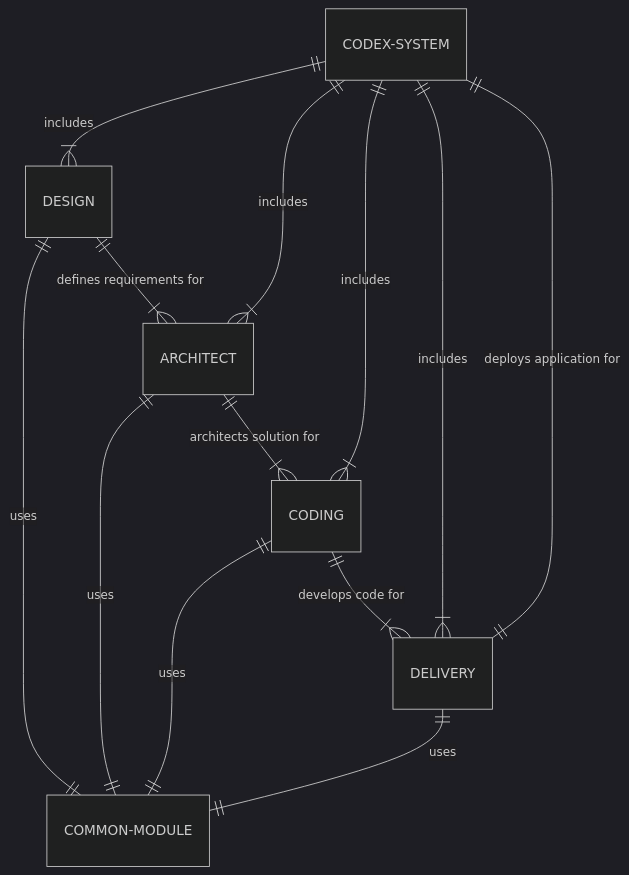
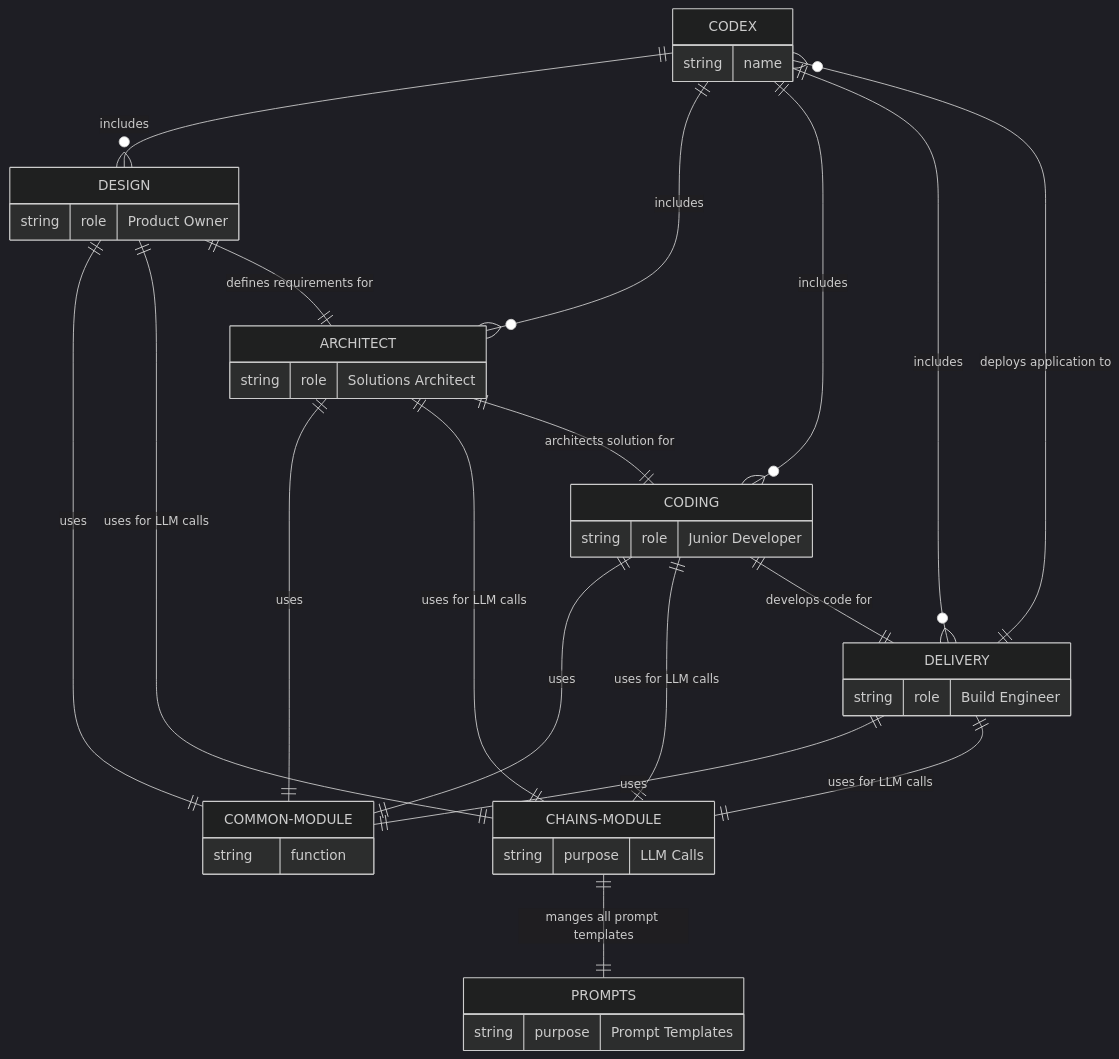
The first of 3 diagrams in README.md (Significant-Gravitas/AutoGPT-Code-Ability), drawn with Mermaid (dark theme) before and after one commit.

Commit message:
Update Codex System diagram with new module relationships

````diff
--- a/README.md
+++ b/README.md
@@ -25,15 +25,46 @@
 ```mermaid
 erDiagram
-    CODEX-SYSTEM ||--|{ DESIGN : includes
-    CODEX-SYSTEM ||--|{ ARCHITECT : includes
-    CODEX-SYSTEM ||--|{ CODING : includes
-    CODEX-SYSTEM ||--|{ DELIVERY : includes
+    CODEX ||--o{ DESIGN : includes
+    CODEX ||--o{ ARCHITECT : includes
+    CODEX ||--o{ CODING : includes
+    CODEX ||--o{ DELIVERY : includes
     DESIGN ||--|| COMMON-MODULE : uses
     ARCHITECT ||--|| COMMON-MODULE : uses
     CODING ||--|| COMMON-MODULE : uses
     DELIVERY ||--|| COMMON-MODULE : uses
-    DESIGN ||--|{ ARCHITECT : "defines requirements for"
-    ARCHITECT ||--|{ CODING : "architects solution for"
-    CODING ||--|{ DELIVERY : "develops code for"
-    DELIVERY ||--|| CODEX-SYSTEM : "deploys application for"
+    DESIGN ||--|| CHAINS-MODULE : "uses for LLM calls"
+    ARCHITECT ||--|| CHAINS-MODULE : "uses for LLM calls"
+    CODING ||--|| CHAINS-MODULE : "uses for LLM calls"
+    DELIVERY ||--|| CHAINS-MODULE : "uses for LLM calls"
+    DESIGN ||--|| ARCHITECT : "defines requirements for"
+    ARCHITECT ||--|| CODING : "architects solution for"
+    CODING ||--|| DELIVERY : "develops code for"
+    DELIVERY ||--o{ CODEX : "deploys application to"
+    CHAINS-MODULE ||--|| PROMPTS : "manges all prompt templates"
+
+    CODEX {
+        string name
+    }
+    DESIGN {
+        string role "Product Owner"
+    }
+    ARCHITECT {
+        string role "Solutions Architect"
+    }
+    CODING {
+        string role "Junior Developer"
+    }
+    DELIVERY {
+        string role "Build Engineer"
+    }
+    COMMON-MODULE {
+        string function
+    }
+    CHAINS-MODULE {
+        string purpose "LLM Calls"
+    }
+    PROMPTS {
+        string purpose "Prompt Templates"
+    }
+
 ```
````
